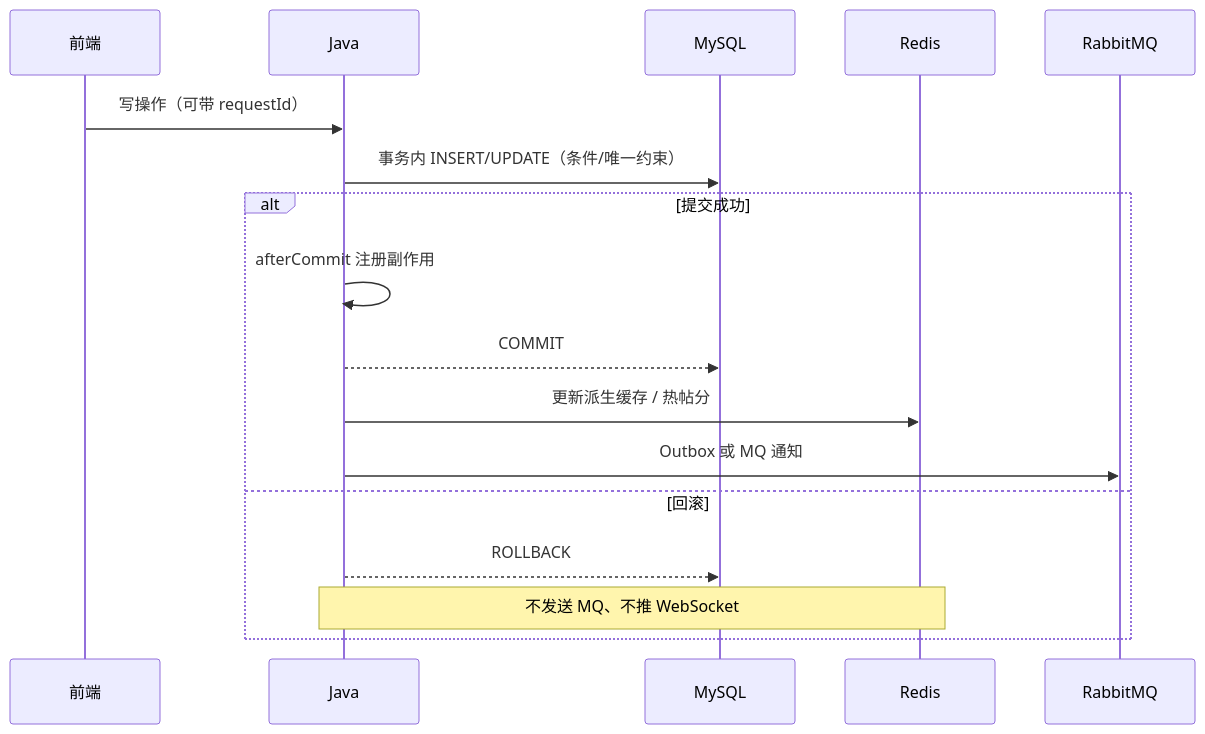
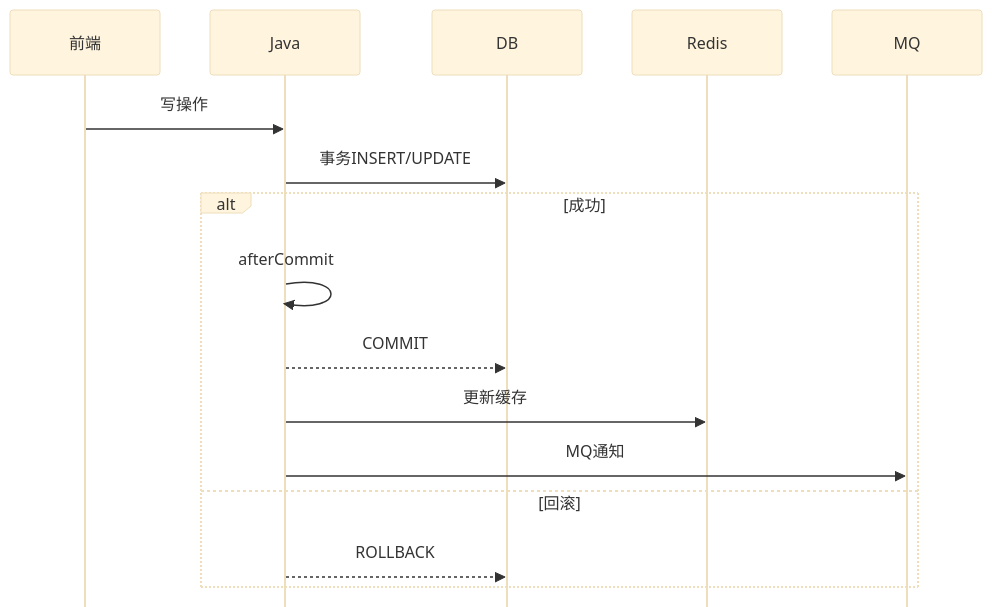
One commit to pluchon/mengmeng_forum changed diagram 16 of 22 in README.md. Above: the diagram before and after it, drawn with Mermaid. The commit also changed other lines of this file and 2 other files, not shown here.

````diff
--- a/README.md
+++ b/README.md
@@ -653,20 +518,20 @@
 ```mermaid
+%%{init: {'theme':'base', 'sequence': {'mirrorActors': false, 'actorFontSize': 11}}}%%
 sequenceDiagram
   participant FE as 前端
   participant J as Java
-  participant DB as MySQL
+  participant DB as DB
   participant R as Redis
-  participant Q as RabbitMQ
+  participant Q as MQ
 
-  FE->>J: 写操作（可带 requestId）
-  J->>DB: 事务内 INSERT/UPDATE（条件/唯一约束）
-  alt 提交成功
-    J->>J: afterCommit 注册副作用
+  FE->>J: 写操作
+  J->>DB: 事务INSERT/UPDATE
+  alt 成功
+    J->>J: afterCommit
     J-->>DB: COMMIT
-    J->>R: 更新派生缓存 / 热帖分
-    J->>Q: Outbox 或 MQ 通知
+    J->>R: 更新缓存
+    J->>Q: MQ通知
   else 回滚
     J-->>DB: ROLLBACK
-    Note over J,R: 不发送 MQ、不推 WebSocket
   end
 ```
````
